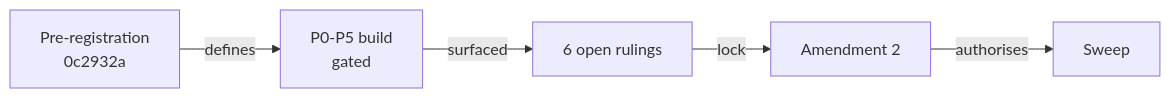
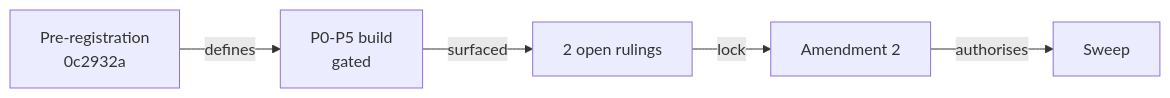
One commit to supmo668/bioFM changed the diagram in docs/hacp/index.md. Above: the diagram before and after it, drawn with Mermaid. The commit also changed other lines of this file and 1 other file, not shown here.

First line of the commit message:
perturb-seq-eval/perturb-seq-eval: docs(perturb-seq-eval): HACP floor — P0-P5 decision page + index: D1 approved (dfaf8c3), 2c-2g ruled, A2-10/A2-11 open (9 ruled / 2 open)

````diff
--- a/docs/hacp/index.md
+++ b/docs/hacp/index.md
@@ -23,7 +23,7 @@
 ```mermaid
 flowchart LR
   P["Pre-registration<br/>0c2932a"] -->|"defines"| B["P0-P5 build<br/>gated"]
-  B -->|"surfaced"| D["6 open rulings"]
+  B -->|"surfaced"| D["2 open rulings"]
   D -->|"lock"| A["Amendment 2"]
   A -->|"authorises"| S["Sweep"]
 ```
````
